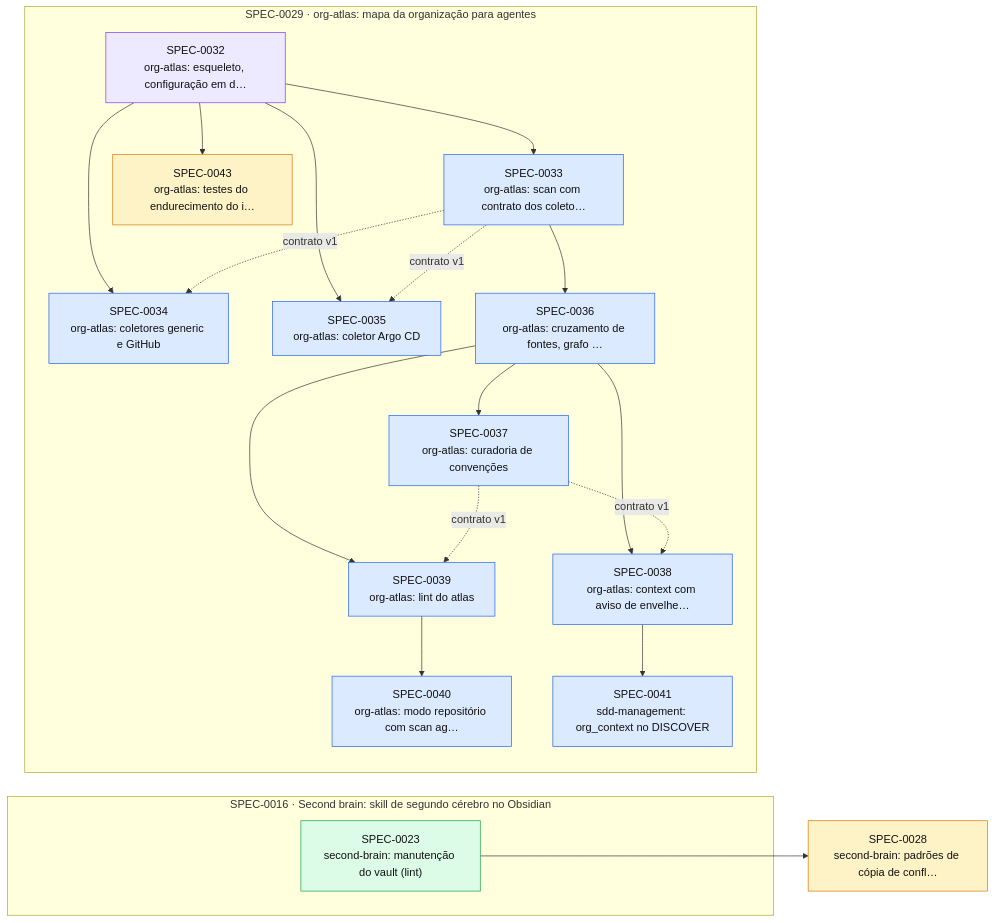
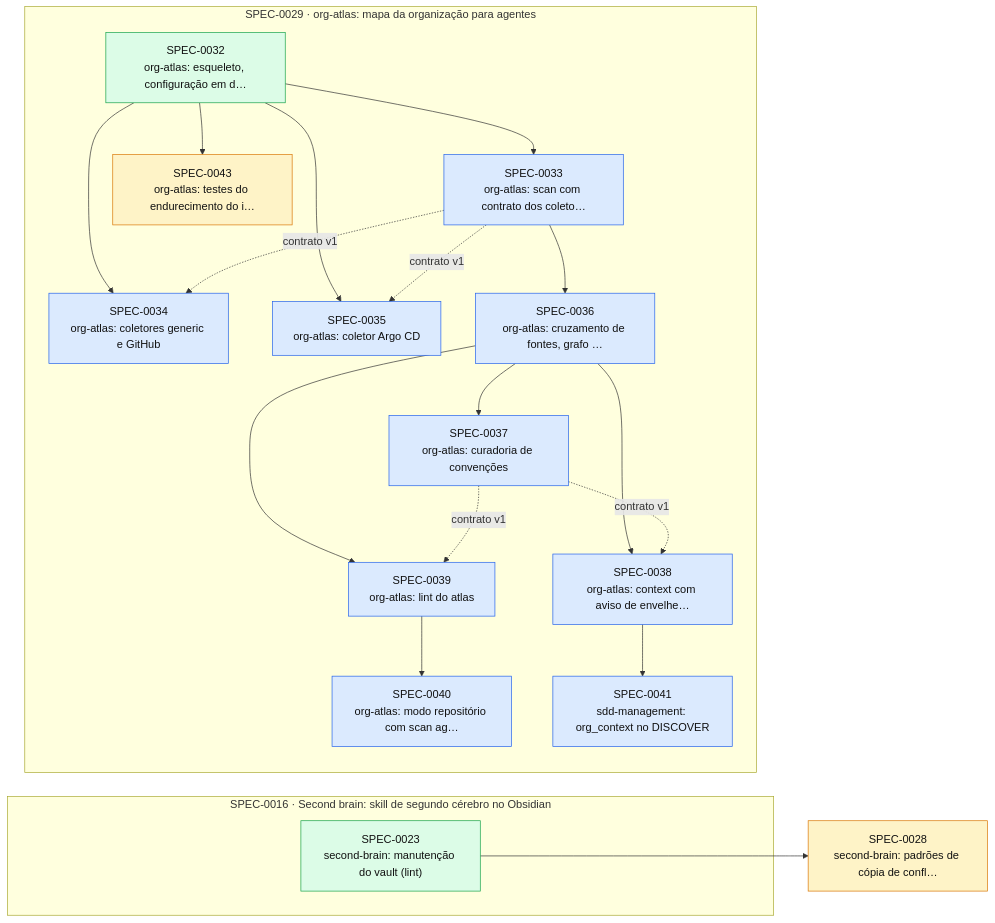
One commit to thomasravache/ai-dev-brain changed the diagram in docs/specs/INDEX.md. Above: the diagram before and after it, drawn with Mermaid. The commit also changed other lines of this file and 1 other file, not shown here.

First line of the commit message:
docs(specs): G7 e fechamento da SPEC-0032

````diff
--- a/docs/specs/INDEX.md
+++ b/docs/specs/INDEX.md
@@ -59,40 +58,40 @@
 ```mermaid
 flowchart LR
   S0028["SPEC-0028<br/>second-brain: padrões de cópia de confl…"]:::proposed
   subgraph E0016["SPEC-0016 · Second brain: skill de segundo cérebro no Obsidian"]
     S0023["SPEC-0023<br/>second-brain: manutenção do vault (lint)"]:::implemented
   end
   subgraph E0029["SPEC-0029 · org-atlas: mapa da organização para agentes"]
-    S0032["SPEC-0032<br/>org-atlas: esqueleto, configuração em d…"]:::inprogress
+    S0032["SPEC-0032<br/>org-atlas: esqueleto, configuração em d…"]:::implemented
     S0033["SPEC-0033<br/>org-atlas: scan com contrato dos coleto…"]:::approved
     S0034["SPEC-0034<br/>org-atlas: coletores generic e GitHub"]:::approved
     S0035["SPEC-0035<br/>org-atlas: coletor Argo CD"]:::approved
     S0036["SPEC-0036<br/>org-atlas: cruzamento de fontes, grafo …"]:::approved
     S0037["SPEC-0037<br/>org-atlas: curadoria de convenções"]:::approved
     S0038["SPEC-0038<br/>org-atlas: context com aviso de envelhe…"]:::approved
     S0039["SPEC-0039<br/>org-atlas: lint do atlas"]:::approved
     S0040["SPEC-0040<br/>org-atlas: modo repositório com scan ag…"]:::approved
     S0041["SPEC-0041<br/>sdd-management: org_context no DISCOVER"]:::approved
     S0043["SPEC-0043<br/>org-atlas: testes do endurecimento do i…"]:::proposed
   end
   S0023 --> S0028
   S0032 --> S0033
   S0032 --> S0034
   S0033 -. contrato v1 .-> S0034
   S0032 --> S0035
   S0033 -. contrato v1 .-> S0035
   S0033 --> S0036
   S0036 --> S0037
   S0036 --> S0038
   S0037 -. contrato v1 .-> S0038
   S0036 --> S0039
   S0037 -. contrato v1 .-> S0039
   S0039 --> S0040
   S0038 --> S0041
   S0032 --> S0043
   classDef proposed fill:#fef3c7,stroke:#d97706,color:#111
   classDef approved fill:#dbeafe,stroke:#2563eb,color:#111
   classDef inprogress fill:#ede9fe,stroke:#7c3aed,color:#111
   classDef implemented fill:#dcfce7,stroke:#16a34a,color:#111
   classDef deprecated fill:#f3f4f6,stroke:#9ca3af,color:#6b7280
 ```
````
